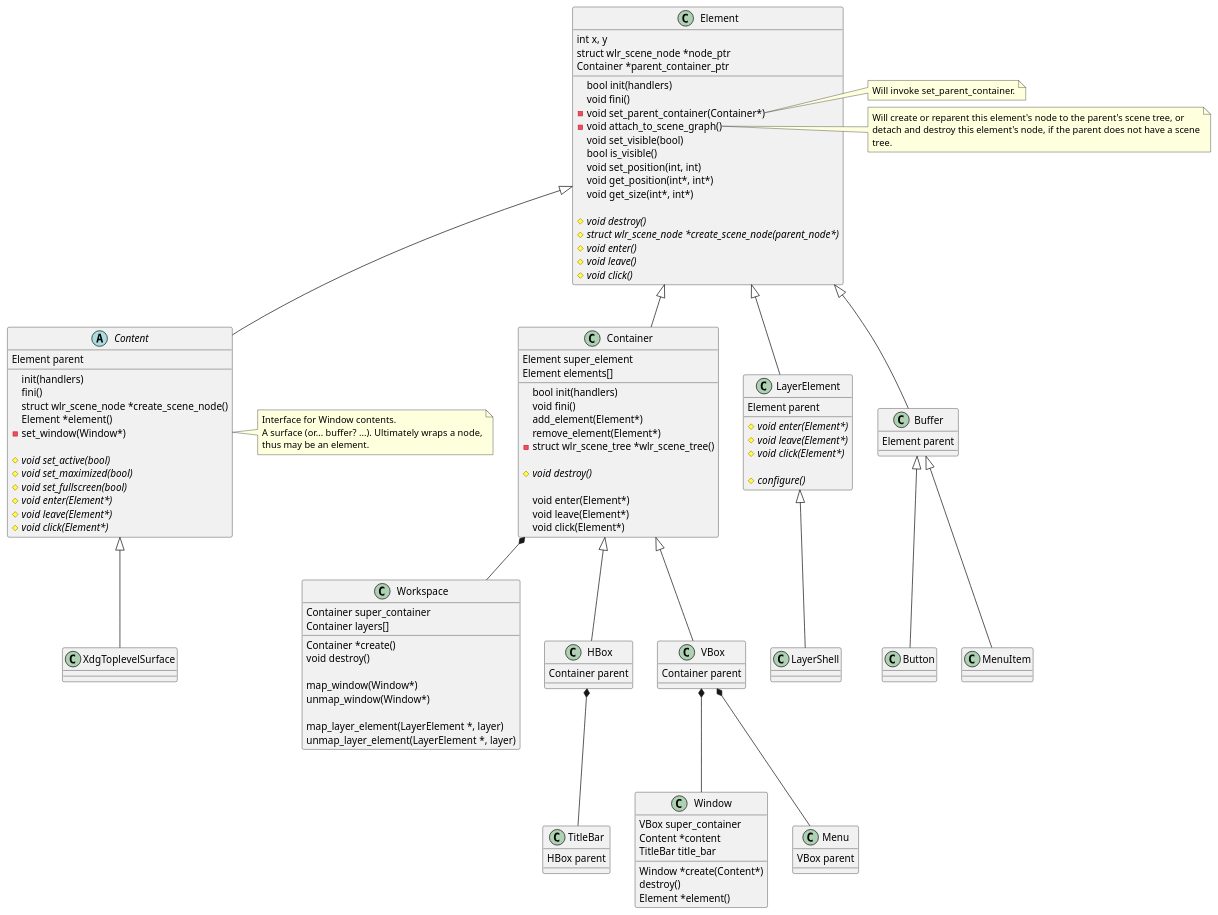
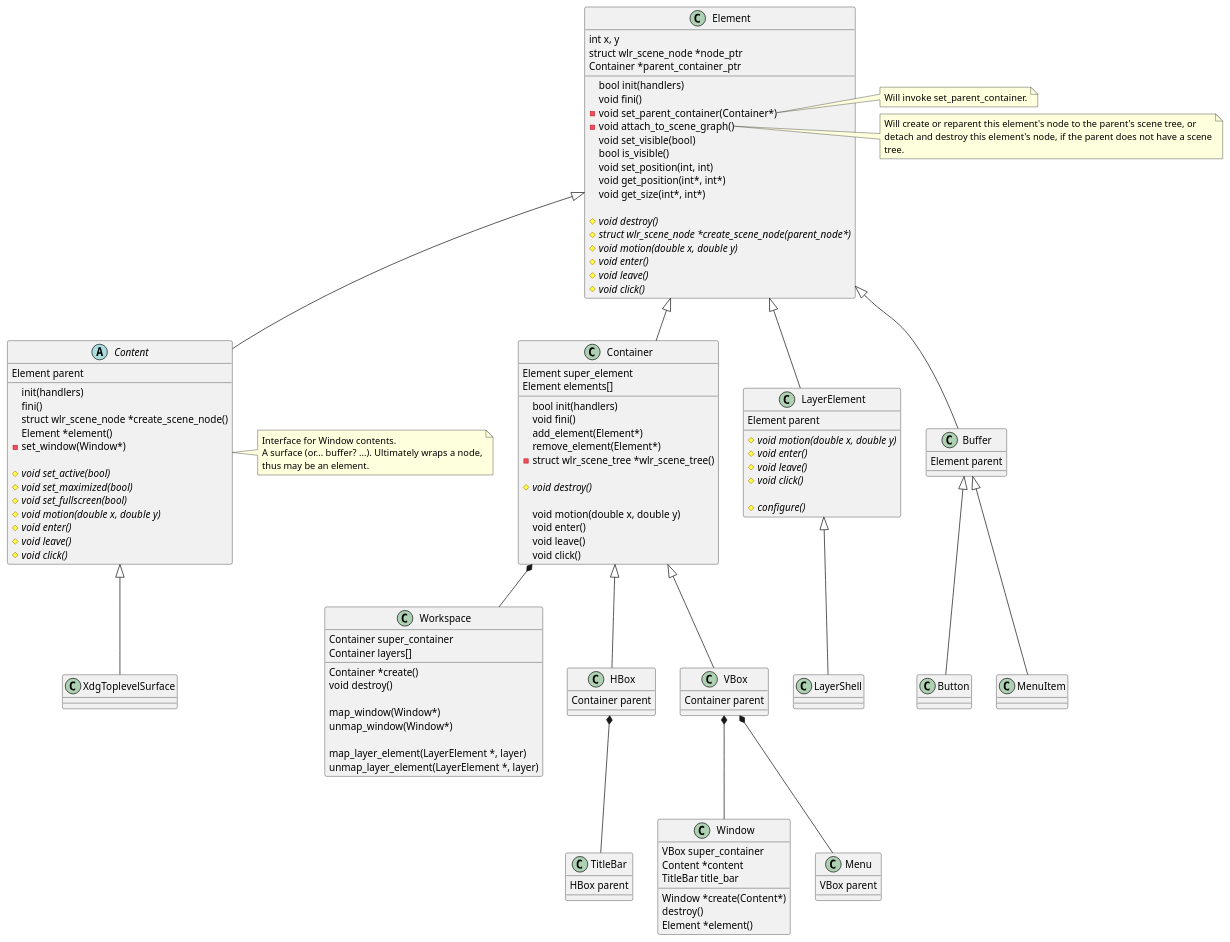
The first of 2 diagrams in src/toolkit/toolkit.md (phkaeser/wlmaker), drawn with PlantUML before and after one commit. The commit also changed 4 other files, not shown here.

Commit message:
Changes current 'enter' method into 'motion'; as it has different purpose.

```diff
--- a/src/toolkit/toolkit.md
+++ b/src/toolkit/toolkit.md
@@ -40,6 +40,7 @@
 
   {abstract}#void destroy()
   {abstract}#struct wlr_scene_node *create_scene_node(parent_node*)
+  {abstract}#void motion(double x, double y)
   {abstract}#void enter()
   {abstract}#void leave()
   {abstract}#void click()
@@ -65,9 +66,10 @@
 
   {abstract}#void destroy()
 
-  void enter(Element*)
-  void leave(Element*)
-  void click(Element*)
+  void motion(double x, double y)
+  void enter()
+  void leave()
+  void click()
 }
 Element <|-- Container
 note right of Element::"add_element(Element*)"
@@ -113,9 +115,10 @@
   {abstract}#void set_active(bool)
   {abstract}#void set_maximized(bool)
   {abstract}#void set_fullscreen(bool)
-  {abstract}#void enter(Element*)
-  {abstract}#void leave(Element*)
-  {abstract}#void click(Element*)
+  {abstract}#void motion(double x, double y)
+  {abstract}#void enter()
+  {abstract}#void leave()
+  {abstract}#void click()
 }
 Element <|-- Content
 note right of Content
@@ -127,9 +130,10 @@
 class LayerElement {
   Element parent
 
-  {abstract}#void enter(Element*)
-  {abstract}#void leave(Element*)
-  {abstract}#void click(Element*)
+  {abstract}#void motion(double x, double y)
+  {abstract}#void enter()
+  {abstract}#void leave()
+  {abstract}#void click()
 
   {abstract}#configure()
   }
```
